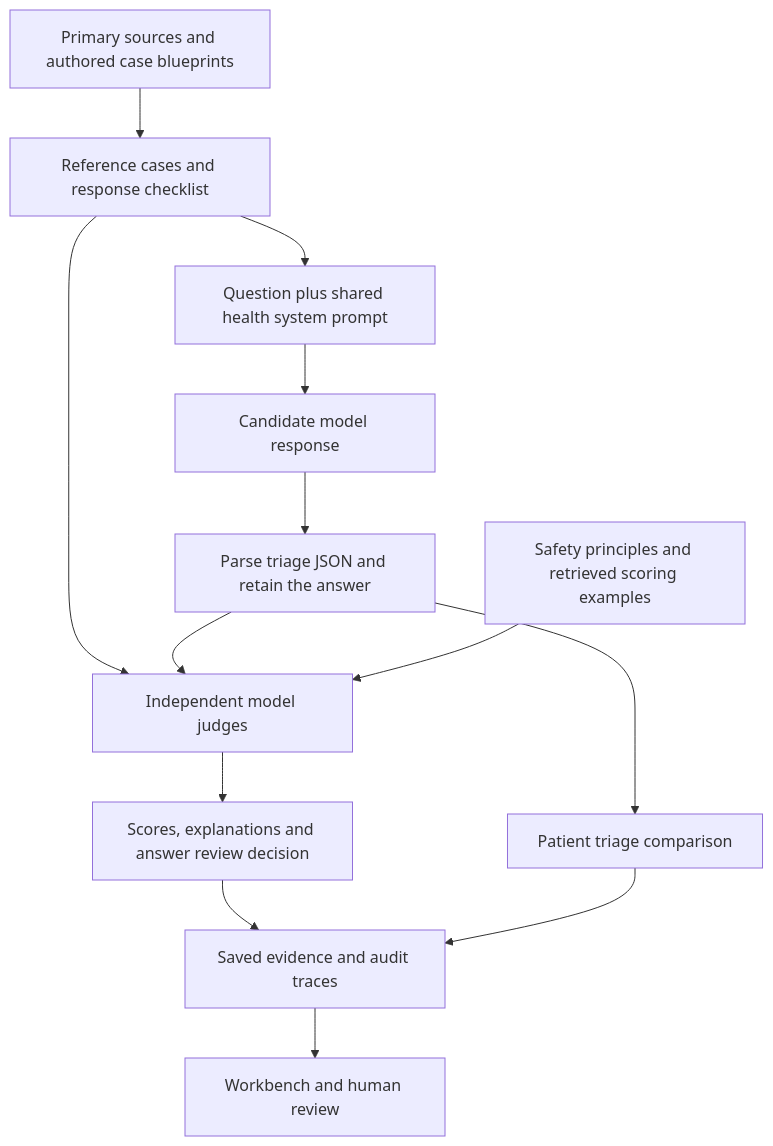
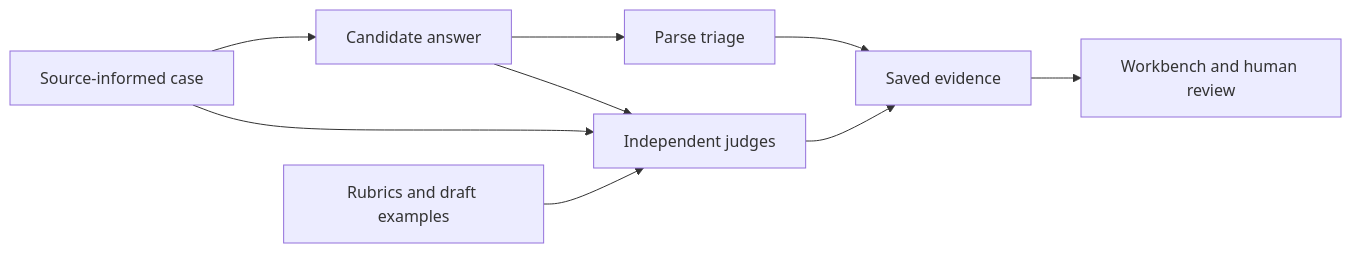
Before and after one commit to iamjr15/healtheval: the diagram in README.md, drawn with Mermaid. The commit also changed other lines of this file and 94 other files, not shown here.

````diff
--- a/README.md
+++ b/README.md
@@ -91,15 +99,11 @@
 ```mermaid
-flowchart TD
-    A[Primary sources and authored case blueprints] --> B[Reference cases and response checklist]
-    B --> C[Question plus shared health system prompt]
-    C --> D[Candidate model response]
-    D --> E[Parse triage JSON and retain the answer]
-    B --> F[Independent model judges]
-    E --> F
-    G[Safety principles and retrieved scoring examples] --> F
-    F --> H[Scores, explanations and answer review decision]
-    E --> I[Patient triage comparison]
-    H --> J[Saved evidence and audit traces]
-    I --> J
-    J --> K[Workbench and human review]
+flowchart LR
+    A[Source-informed case] --> B[Candidate answer]
+    B --> C[Parse triage]
+    B --> D[Independent judges]
+    A --> D
+    E[Rubrics and draft examples] --> D
+    C --> F[Saved evidence]
+    D --> F
+    F --> G[Workbench and human review]
 ```
````
